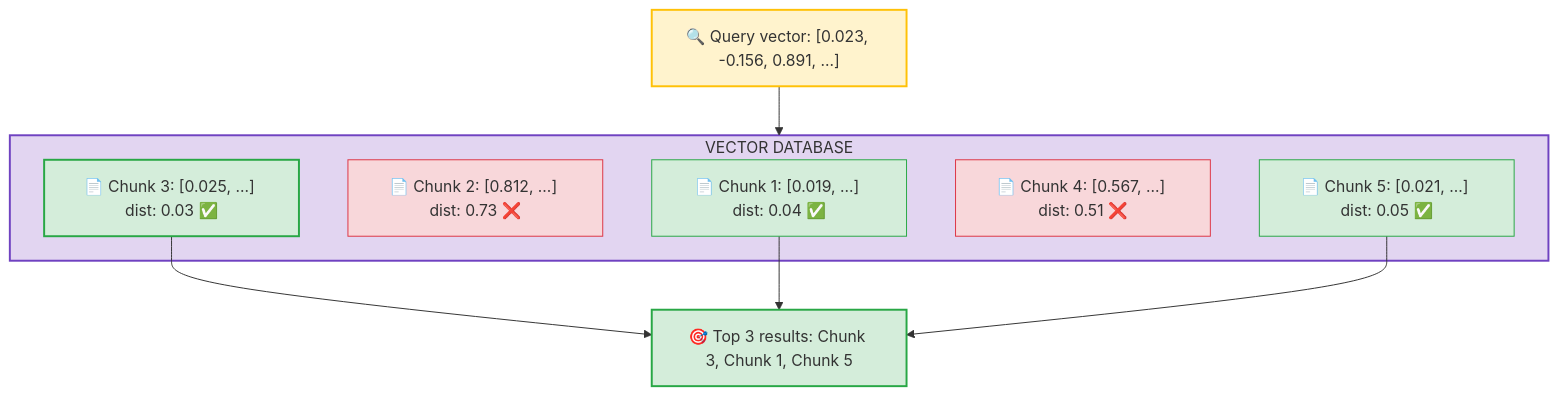
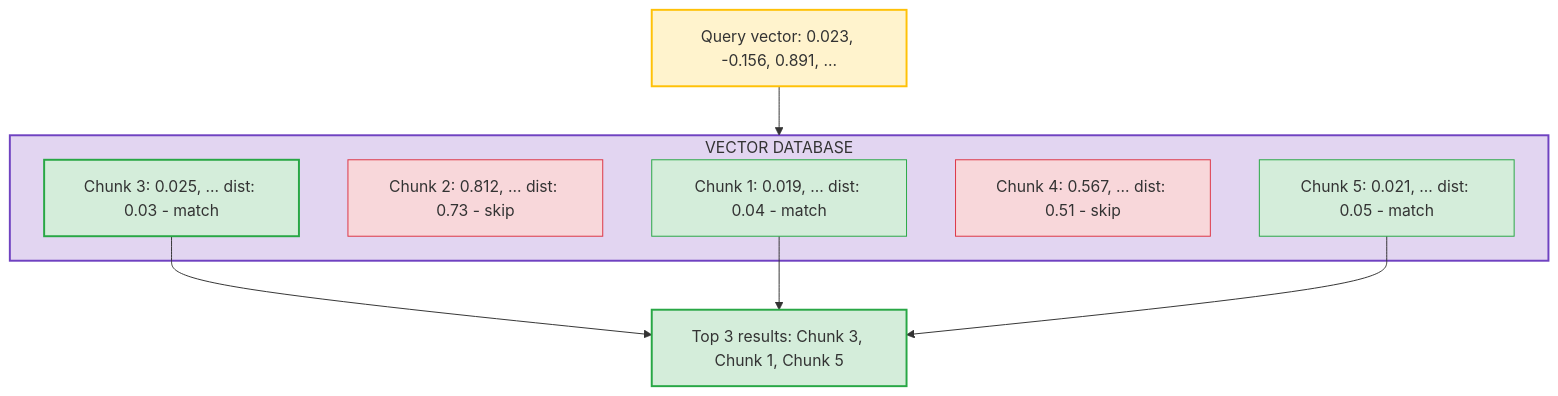
Before and after one commit to ithinktavo/GenAI-Engineering-Handbook: the fifth of 10 diagrams in docs/04-rag-deep-dive.md, drawn with Mermaid. The commit also changed other lines of this file and 10 other files, not shown here.

Commit message:
Diagram updates

````diff
--- a/docs/04-rag-deep-dive.md
+++ b/docs/04-rag-deep-dive.md
@@ -234,28 +234,28 @@
 ```mermaid
 graph TD
-    Q["🔍 Query vector: [0.023, -0.156, 0.891, ...]"]
+    Q["Query vector: 0.023, -0.156, 0.891, ..."]
 
     subgraph VDB["VECTOR DATABASE"]
-        C1["📄 Chunk 1: [0.019, ...] dist: 0.04 ✅"]
-        C2["📄 Chunk 2: [0.812, ...] dist: 0.73 ❌"]
-        C3["📄 Chunk 3: [0.025, ...] dist: 0.03 ✅"]
-        C4["📄 Chunk 4: [0.567, ...] dist: 0.51 ❌"]
-        C5["📄 Chunk 5: [0.021, ...] dist: 0.05 ✅"]
+        C1["Chunk 1: 0.019, ... dist: 0.04 - match"]
+        C2["Chunk 2: 0.812, ... dist: 0.73 - skip"]
+        C3["Chunk 3: 0.025, ... dist: 0.03 - match"]
+        C4["Chunk 4: 0.567, ... dist: 0.51 - skip"]
+        C5["Chunk 5: 0.021, ... dist: 0.05 - match"]
     end
 
-    R["🎯 Top 3 results: Chunk 3, Chunk 1, Chunk 5"]
+    R["Top 3 results: Chunk 3, Chunk 1, Chunk 5"]
 
     Q --> VDB
     C3 --> R
     C1 --> R
     C5 --> R
 
     style Q fill:#fff3cd,stroke:#ffc107,stroke-width:2px
     style VDB fill:#e2d5f1,stroke:#6f42c1,stroke-width:2px
     style C1 fill:#d4edda,stroke:#28a745
     style C2 fill:#f8d7da,stroke:#dc3545
     style C3 fill:#d4edda,stroke:#28a745,stroke-width:2px
     style C4 fill:#f8d7da,stroke:#dc3545
     style C5 fill:#d4edda,stroke:#28a745
     style R fill:#d4edda,stroke:#28a745,stroke-width:2px
 ```
````
